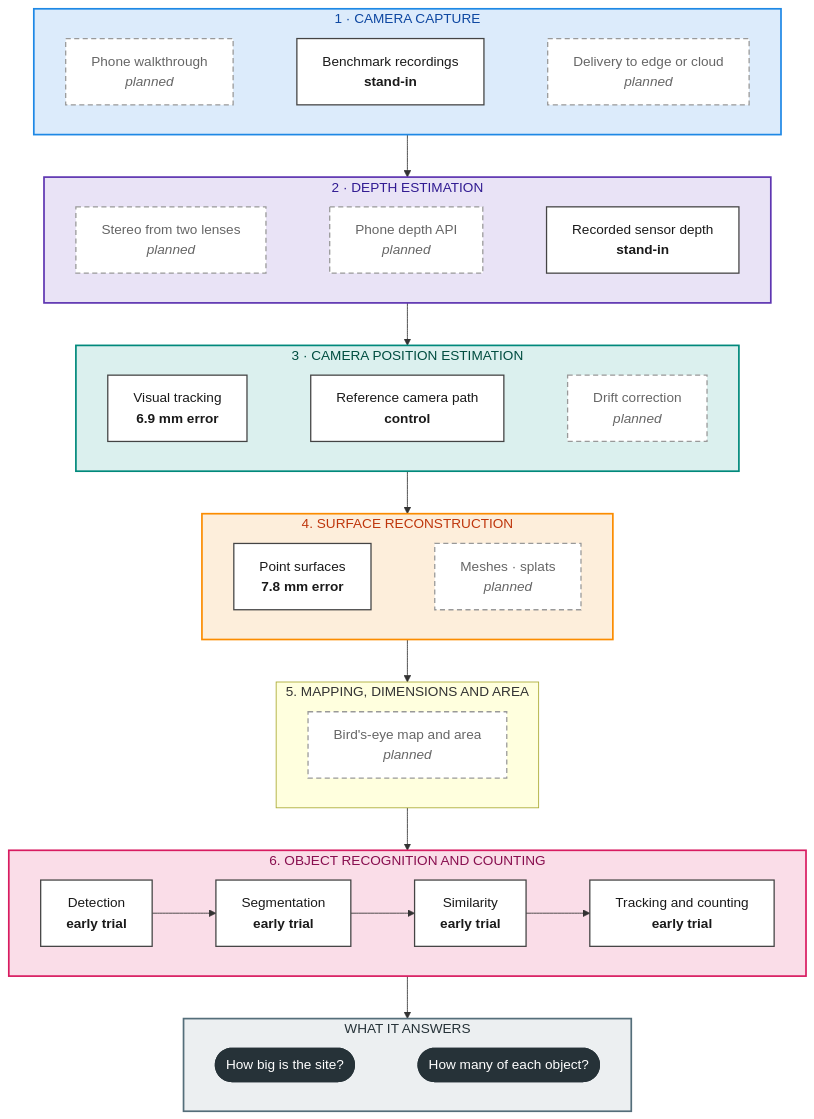
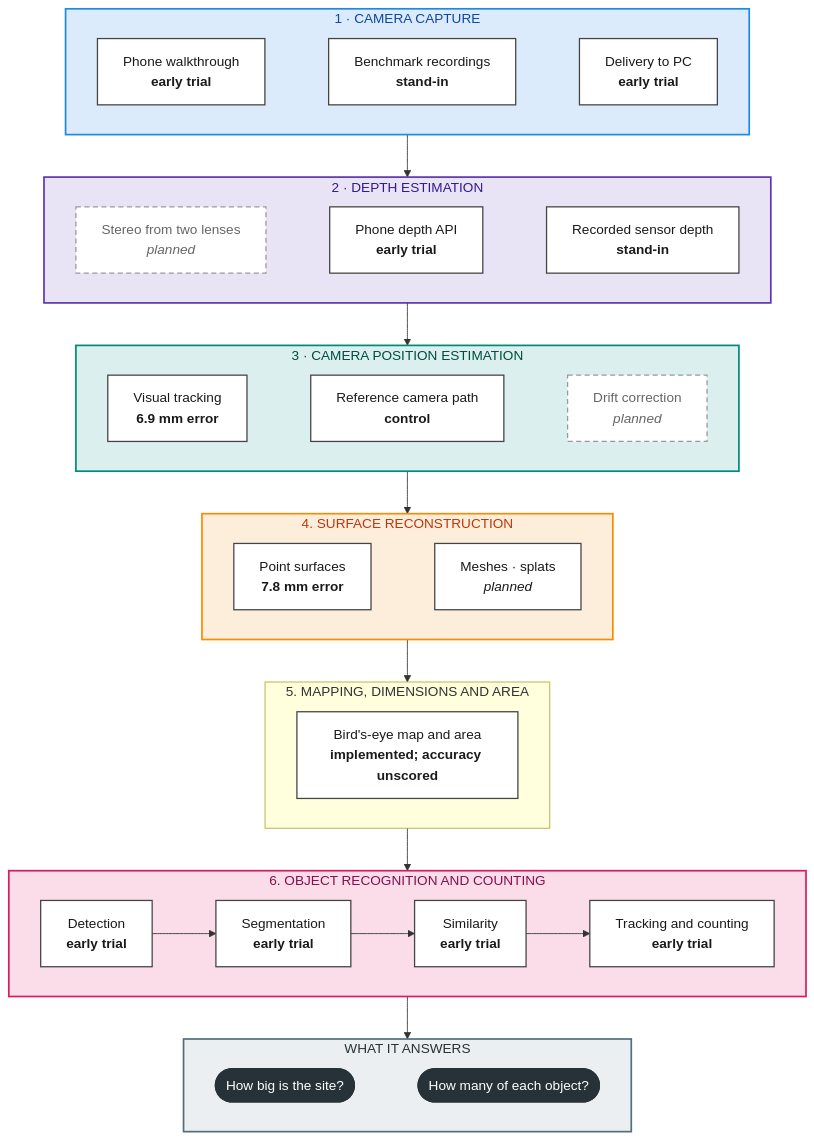
Before and after one commit to jkind9/FYLD_research: the diagram in README.md, drawn with Mermaid. The commit also changed other lines of this file and 35 other files, not shown here.

````diff
--- a/README.md
+++ b/README.md
@@ -45,51 +45,51 @@
 ```mermaid
 flowchart TD
     subgraph L1["1 · CAMERA CAPTURE"]
         direction LR
-        c1["Phone walkthrough<br/><i>planned</i>"] ~~~ c2["Benchmark recordings<br/><b>stand-in</b>"] ~~~ c3["Delivery to edge or cloud<br/><i>planned</i>"]
+        c1["Phone walkthrough<br/><b>early trial</b>"] ~~~ c2["Benchmark recordings<br/><b>stand-in</b>"] ~~~ c3["Delivery to PC<br/><b>early trial</b>"]
     end
 
     subgraph L2["2 · DEPTH ESTIMATION"]
         direction LR
-        d1["Stereo from two lenses<br/><i>planned</i>"] ~~~ d2["Phone depth API<br/><i>planned</i>"] ~~~ d3["Recorded sensor depth<br/><b>stand-in</b>"]
+        d1["Stereo from two lenses<br/><i>planned</i>"] ~~~ d2["Phone depth API<br/><b>early trial</b>"] ~~~ d3["Recorded sensor depth<br/><b>stand-in</b>"]
     end
 
     subgraph L3["3 · CAMERA POSITION ESTIMATION"]
         direction LR
         p1["Visual tracking<br/><b>6.9 mm error</b>"] ~~~ p2["Reference camera path<br/><b>control</b>"] ~~~ p3["Drift correction<br/><i>planned</i>"]
     end
 
     subgraph L4["4. SURFACE RECONSTRUCTION"]
         direction LR
         e1["Point surfaces<br/><b>7.8 mm error</b>"] ~~~ e2["Meshes · splats<br/><i>planned</i>"]
     end
 
     subgraph L5["5. MAPPING, DIMENSIONS AND AREA"]
-        e3["Bird's-eye map and area<br/><i>planned</i>"]
+        e3["Bird's-eye map and area<br/><b>implemented; accuracy unscored</b>"]
     end
 
     subgraph L6["6. OBJECT RECOGNITION AND COUNTING"]
         direction LR
         o1["Detection<br/><b>early trial</b>"] --> o2["Segmentation<br/><b>early trial</b>"] --> o3["Similarity<br/><b>early trial</b>"] --> o4["Tracking and counting<br/><b>early trial</b>"]
     end
 
     subgraph OUT["WHAT IT ANSWERS"]
         direction LR
         q1(["How big is the site?"]) ~~~ q2(["How many of each object?"])
     end
 
     L1 --> L2 --> L3 --> L4 --> L5 --> L6 --> OUT
 
     classDef default fill:#ffffff,stroke:#444,stroke-width:1.5px,color:#1a1a1a
     classDef planned fill:#ffffff,stroke:#999,stroke-width:1.5px,stroke-dasharray:6 4,color:#666
     classDef answer fill:#263238,stroke:#263238,color:#ffffff
-    class c1,c3,d1,d2,p3,e2,e3 planned
+    class d1,p3 planned
     class q1,q2 answer
 
     style L1 fill:#DCEBFB,stroke:#1E88E5,stroke-width:2px,color:#0D47A1
     style L2 fill:#E9E3F6,stroke:#5E35B1,stroke-width:2px,color:#311B92
     style L3 fill:#DBF0EE,stroke:#00897B,stroke-width:2px,color:#004D40
     style L4 fill:#FDEEDB,stroke:#FB8C00,stroke-width:2px,color:#BF360C
     style L6 fill:#FADDE8,stroke:#D81B60,stroke-width:2px,color:#880E4F
     style OUT fill:#ECEFF1,stroke:#546E7A,stroke-width:2px,color:#263238
 ```
````
